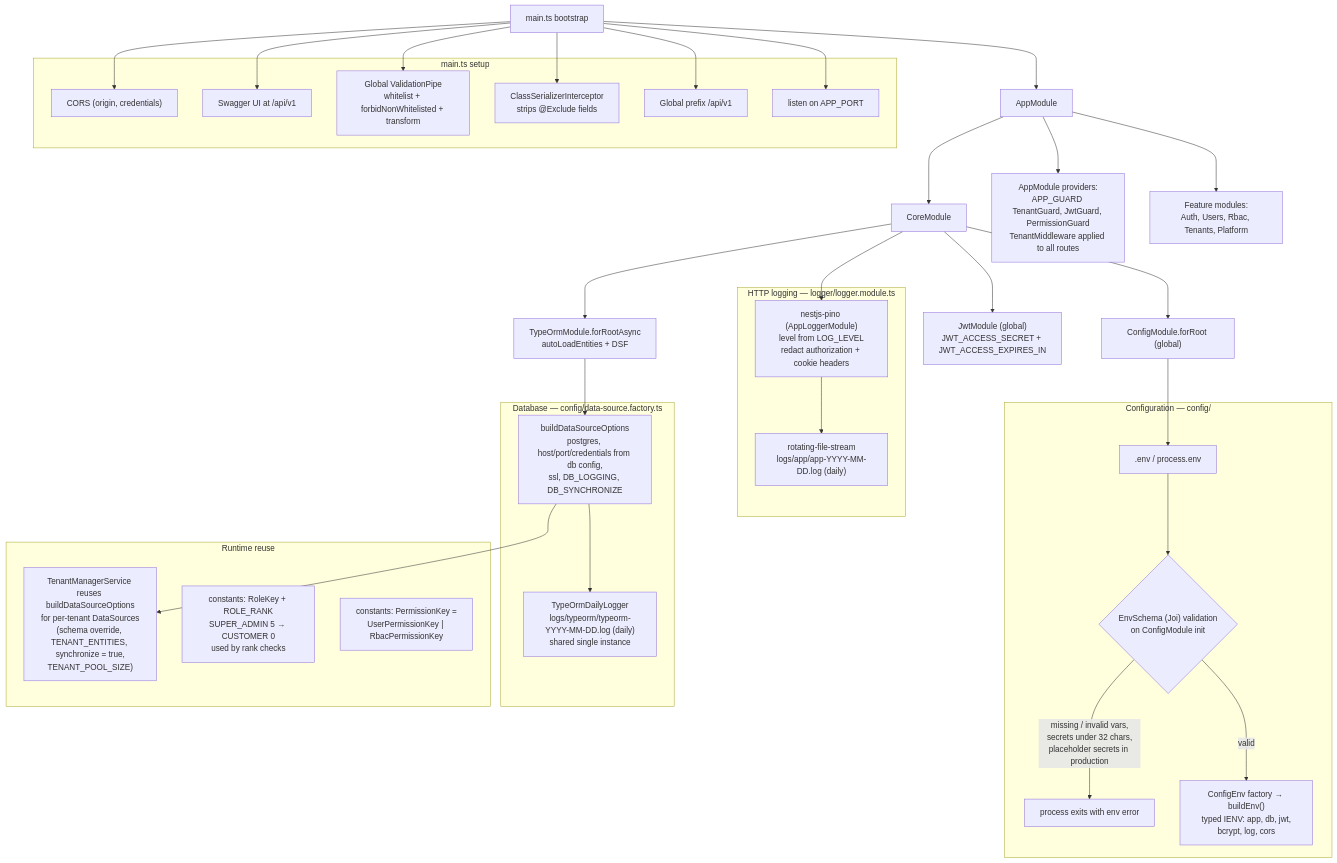
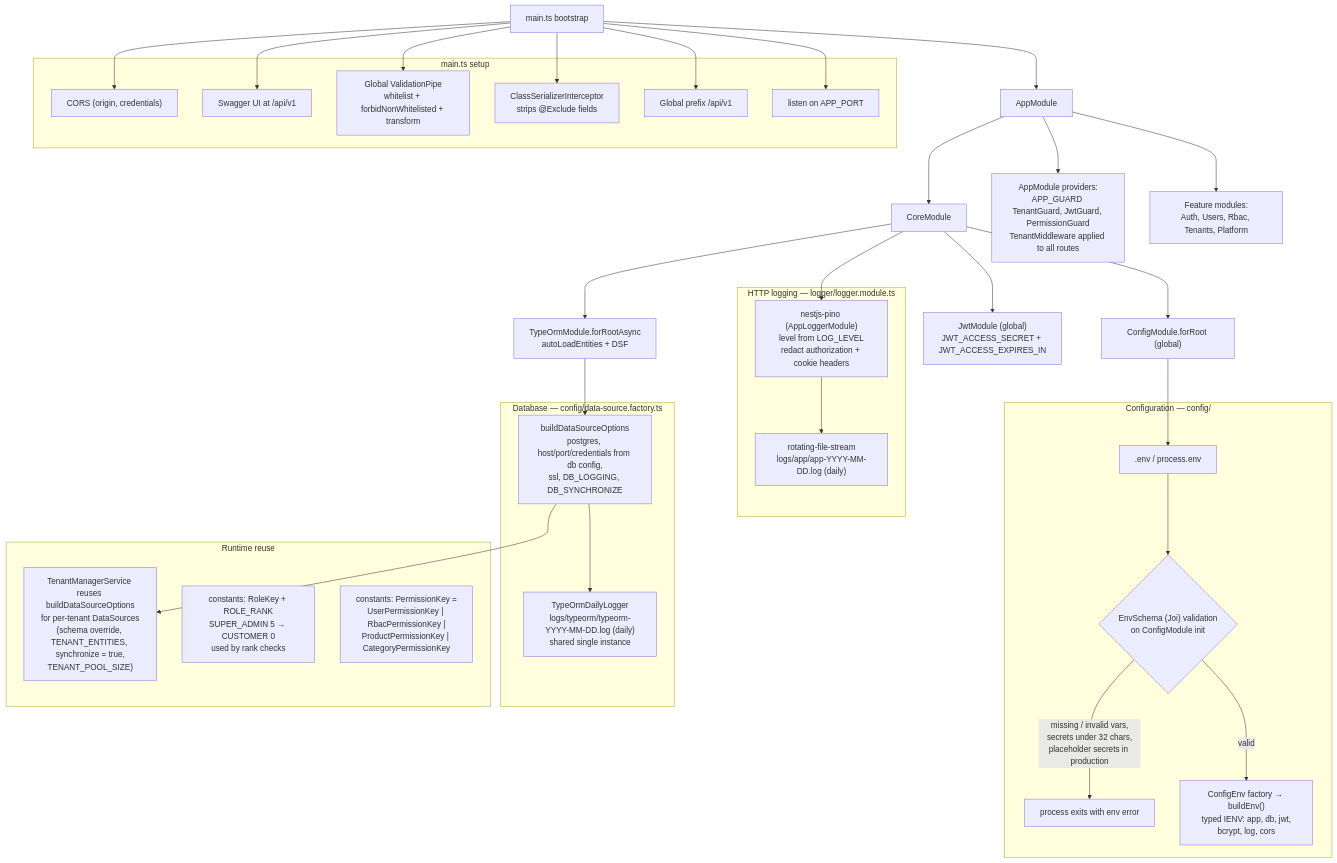
One commit to DevBassel/saas_commerce changed the diagram in src/common/workflow.md. Above: the diagram before and after it, drawn with Mermaid. The commit also changed 67 other files, not shown here.

````diff
--- a/src/common/workflow.md
+++ b/src/common/workflow.md
@@ -1,52 +1,52 @@
 ```mermaid
 flowchart TD
     START["main.ts bootstrap"] --> APP["AppModule"]
     APP --> CORE["CoreModule"]
     APP --> GUARDSWIRING["AppModule providers:<br/>APP_GUARD TenantGuard, JwtGuard, PermissionGuard<br/>TenantMiddleware applied to all routes"]
     APP --> MODS["Feature modules:<br/>Auth, Users, Rbac, Tenants, Platform"]
     CORE --> CFGMOD["ConfigModule.forRoot (global)"]
 
     subgraph CFG["Configuration — config/"]
         ENV[".env / process.env"] --> JOI{"EnvSchema (Joi) validation<br/>on ConfigModule init"}
         JOI -->|"missing / invalid vars,<br/>secrets under 32 chars,<br/>placeholder secrets in production"| EXIT["process exits with env error"]
         JOI -->|"valid"| BENV["ConfigEnv factory → buildEnv()<br/>typed IENV: app, db, jwt,<br/>bcrypt, log, cors"]
     end
 
     CFGMOD --> ENV
 
     subgraph LOGG["HTTP logging — logger/logger.module.ts"]
         PINO["nestjs-pino (AppLoggerModule)<br/>level from LOG_LEVEL<br/>redact authorization + cookie headers"]
         PINO --> APPLOG["rotating-file-stream<br/>logs/app/app-YYYY-MM-DD.log (daily)"]
     end
     CORE --> PINO
 
     subgraph DBL["Database — config/data-source.factory.ts"]
         DSF["buildDataSourceOptions<br/>postgres, host/port/credentials from db config,<br/>ssl, DB_LOGGING, DB_SYNCHRONIZE"]
         DSF --> TL["TypeOrmDailyLogger<br/>logs/typeorm/typeorm-YYYY-MM-DD.log (daily)<br/>shared single instance"]
     end
     CORE --> TYPEORM["TypeOrmModule.forRootAsync<br/>autoLoadEntities + DSF"]
     TYPEORM --> DSF
     CORE --> JWTM["JwtModule (global)<br/>JWT_ACCESS_SECRET + JWT_ACCESS_EXPIRES_IN"]
 
     subgraph MAINSET["main.ts setup"]
         CORS["CORS (origin, credentials)"]
         SWAG["Swagger UI at /api/v1"]
         GPIPE["Global ValidationPipe<br/>whitelist + forbidNonWhitelisted + transform"]
         GINT["ClassSerializerInterceptor<br/>strips @Exclude fields"]
         PREFIX["Global prefix /api/v1"]
         LISTEN["listen on APP_PORT"]
     end
     START --> CORS
     START --> SWAG
     START --> GPIPE
     START --> GINT
     START --> PREFIX
     START --> LISTEN
 
     subgraph RUNTIME["Runtime reuse"]
         TENDS["TenantManagerService reuses buildDataSourceOptions<br/>for per-tenant DataSources<br/>(schema override, TENANT_ENTITIES, synchronize = true,<br/>TENANT_POOL_SIZE)"]
         RK["constants: RoleKey + ROLE_RANK<br/>SUPER_ADMIN 5 → CUSTOMER 0<br/>used by rank checks"]
-        PK["constants: PermissionKey =<br/>UserPermissionKey | RbacPermissionKey"]
+        PK["constants: PermissionKey =<br/>UserPermissionKey | RbacPermissionKey |<br/>ProductPermissionKey | CategoryPermissionKey"]
     end
     DSF --> TENDS
 ```
````
